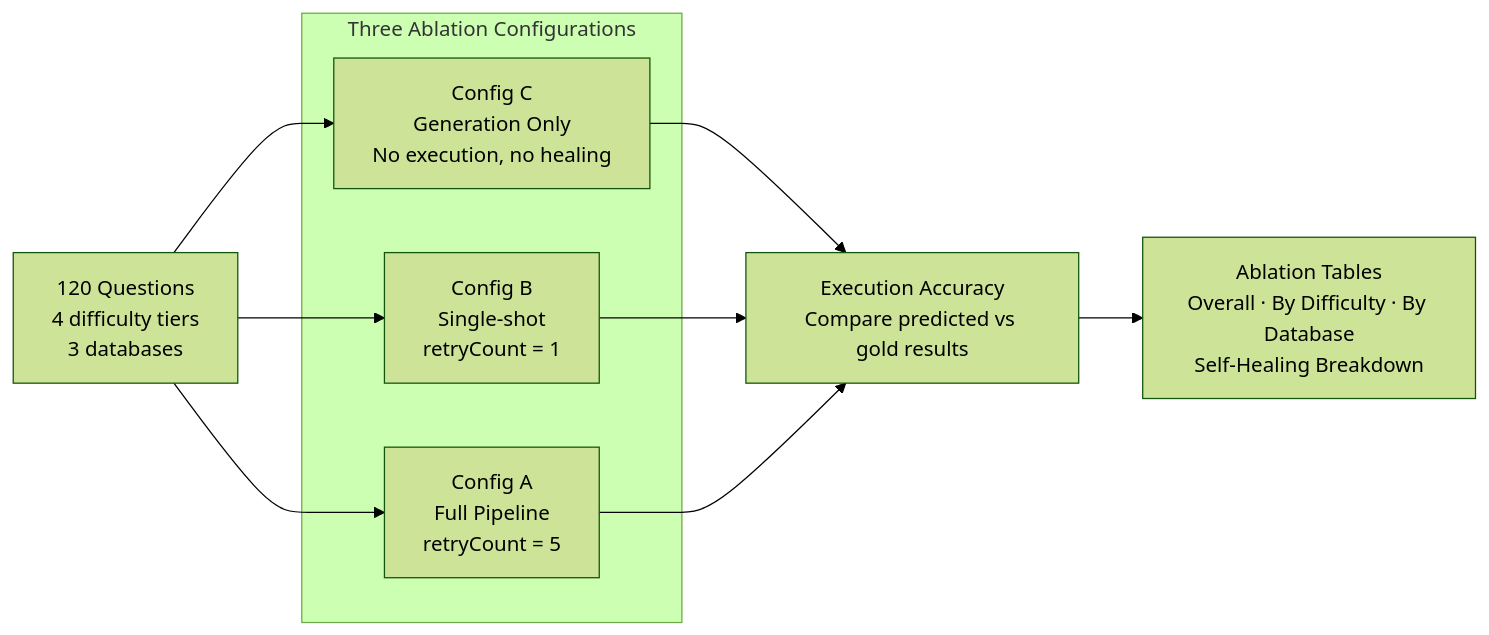
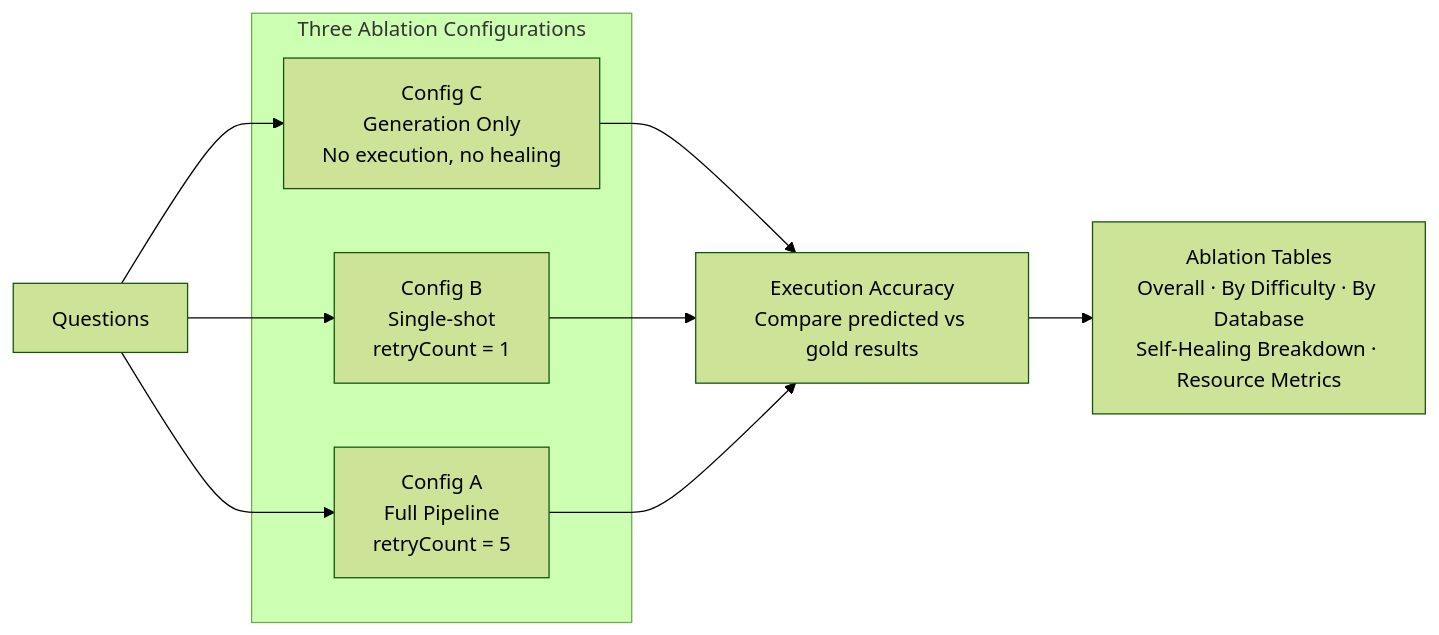
One commit to codeadeel/sqlqueryengine changed the diagram in evaluation/README.md. Above: the diagram before and after it, drawn with Mermaid (forest theme). The commit also changed other lines of this file and 149 other files, not shown here.

````diff
--- a/evaluation/README.md
+++ b/evaluation/README.md
@@ -24,16 +56,16 @@
 ```mermaid
 flowchart LR
     subgraph Configs["Three Ablation Configurations"]
         C["Config C<br>Generation Only<br>No execution, no healing"]
         B["Config B<br>Single-shot<br>retryCount = 1"]
         A["Config A<br>Full Pipeline<br>retryCount = 5"]
     end
 
-    Questions["120 Questions<br>4 difficulty tiers<br>3 databases"] --> C & B & A
+    Questions["Questions"] --> C & B & A
 
     C --> Score["Execution Accuracy<br>Compare predicted vs gold results"]
     B --> Score
     A --> Score
 
-    Score --> Tables["Ablation Tables<br>Overall · By Difficulty · By Database<br>Self-Healing Breakdown"]
+    Score --> Tables["Ablation Tables<br>Overall · By Difficulty · By Database<br>Self-Healing Breakdown · Resource Metrics"]
 ```
````
